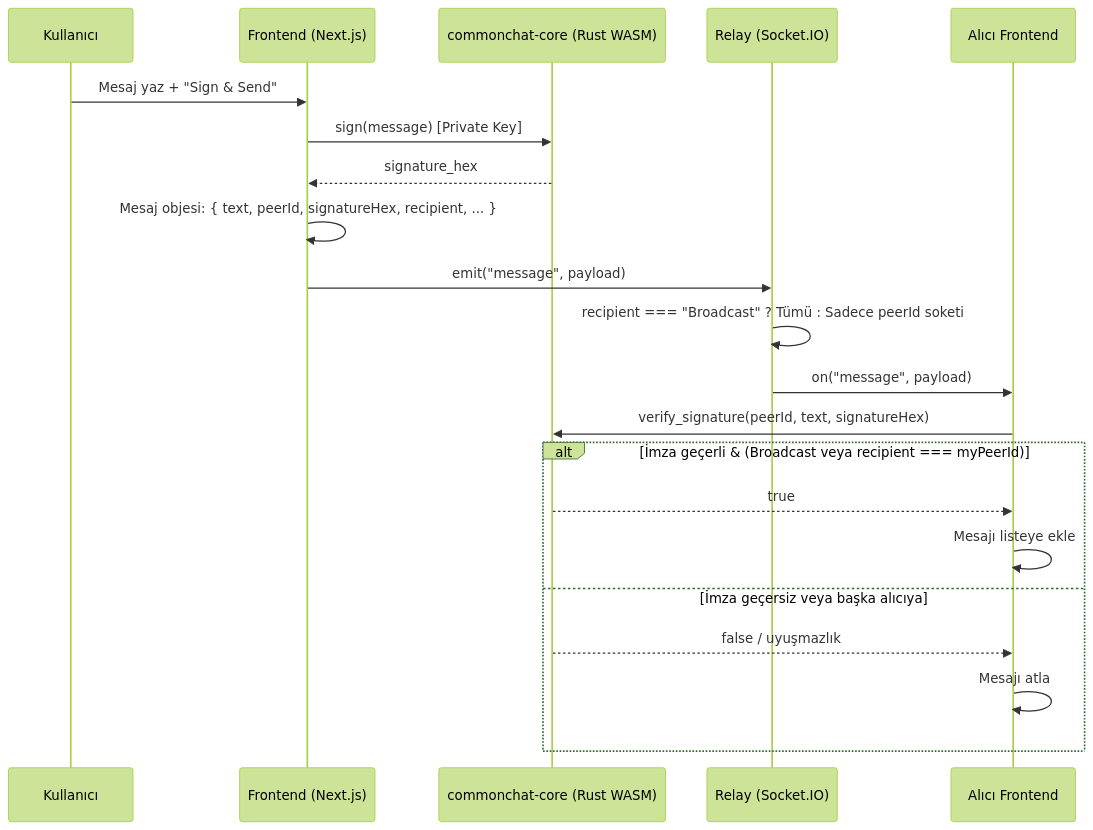
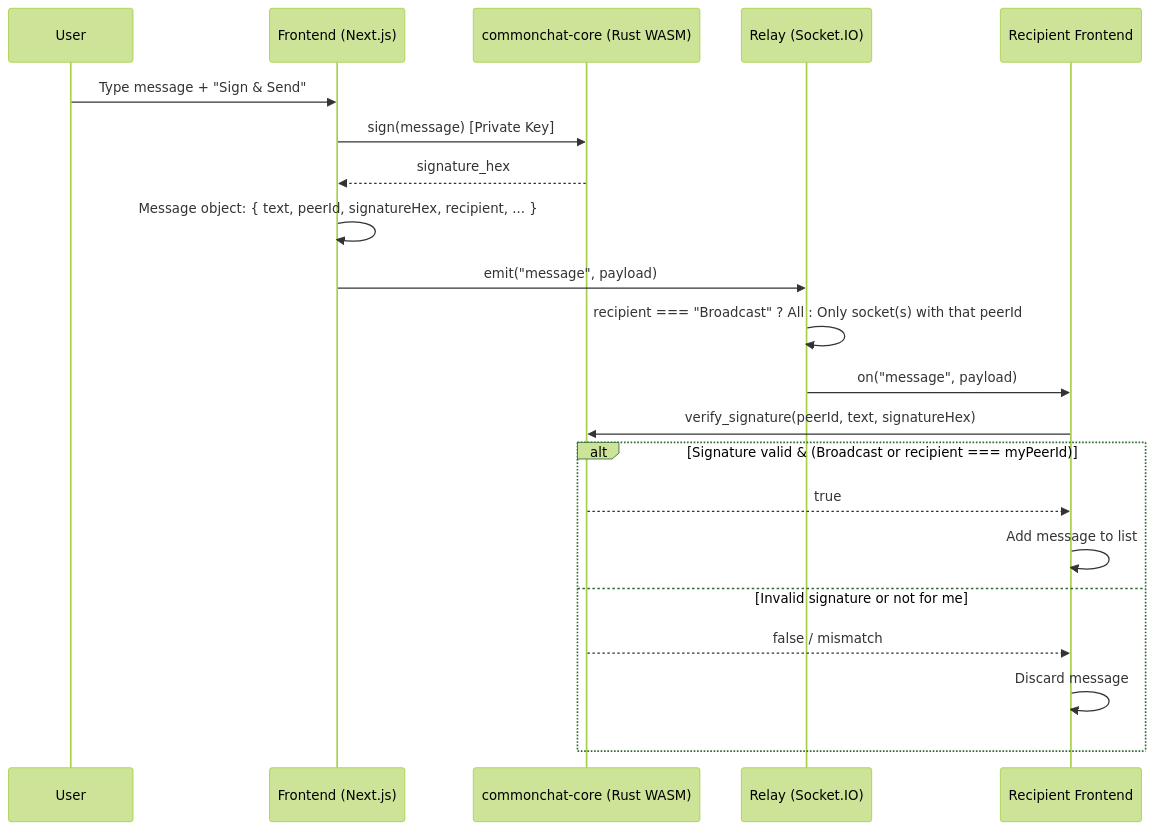
One commit to erenyegit/commonchat changed the diagram in README.md. Above: the diagram before and after it, drawn with Mermaid (forest theme). The commit also changed other lines of this file and 2 other files, not shown here.

Commit message:
Translate all user-facing and docs to English

````diff
--- a/README.md
+++ b/README.md
@@ -50,24 +50,24 @@
 ```mermaid
 sequenceDiagram
-    participant User as Kullanıcı
+    participant User as User
     participant FE as Frontend (Next.js)
     participant WASM as commonchat-core (Rust WASM)
     participant Relay as Relay (Socket.IO)
-    participant FE2 as Alıcı Frontend
+    participant FE2 as Recipient Frontend
 
-    User->>FE: Mesaj yaz + "Sign & Send"
+    User->>FE: Type message + "Sign & Send"
     FE->>WASM: sign(message)  [Private Key]
     WASM-->>FE: signature_hex
-    FE->>FE: Mesaj objesi: { text, peerId, signatureHex, recipient, ... }
+    FE->>FE: Message object: { text, peerId, signatureHex, recipient, ... }
     FE->>Relay: emit("message", payload)
-    Relay->>Relay: recipient === "Broadcast" ? Tümü : Sadece peerId soketi
+    Relay->>Relay: recipient === "Broadcast" ? All : Only socket(s) with that peerId
     Relay->>FE2: on("message", payload)
     FE2->>WASM: verify_signature(peerId, text, signatureHex)
-    alt İmza geçerli & (Broadcast veya recipient === myPeerId)
+    alt Signature valid & (Broadcast or recipient === myPeerId)
         WASM-->>FE2: true
-        FE2->>FE2: Mesajı listeye ekle
-    else İmza geçersiz veya başka alıcıya
-        WASM-->>FE2: false / uyuşmazlık
-        FE2->>FE2: Mesajı atla
+        FE2->>FE2: Add message to list
+    else Invalid signature or not for me
+        WASM-->>FE2: false / mismatch
+        FE2->>FE2: Discard message
     end
 ```
````
